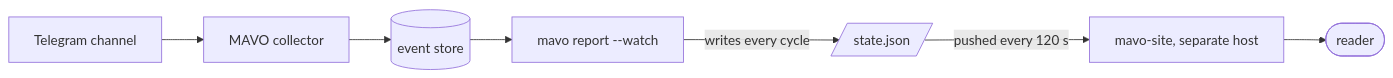
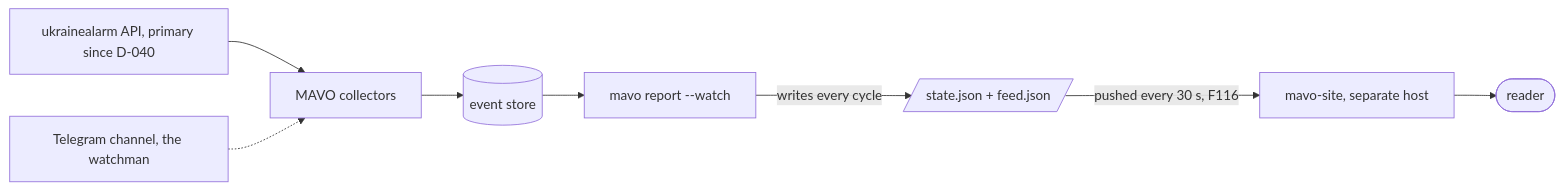
Before and after one commit to jerzy99jerzy/air-alert-early-warning: the diagram in docs/WEBAPP.md, drawn with Mermaid. The commit also changed other lines of this file and 13 other files, not shown here.

Commit message:
0.48.0.1: documents catch up with the shop (D-040 diagrams, DEPLOYMENT host truth, FEED-SPEC 2.3 upstream reading, Author AI note; F134/F137 completed)

````diff
--- a/docs/WEBAPP.md
+++ b/docs/WEBAPP.md
@@ -410,9 +410,10 @@
 ```mermaid
 flowchart LR
-  channel[Telegram channel] --> collector[MAVO collector]
+  api[ukrainealarm API, primary since D-040] --> collector[MAVO collectors]
+  channel[Telegram channel, the watchman] -.-> collector
   collector --> store[(event store)]
   store --> report[mavo report --watch]
-  report -->|writes every cycle| state[/state.json/]
-  state -->|pushed every 120 s| site[mavo-site, separate host]
+  report -->|writes every cycle| state[/state.json + feed.json/]
+  state -->|pushed every 30 s, F116| site[mavo-site, separate host]
   site --> reader([reader])
 ```
````
